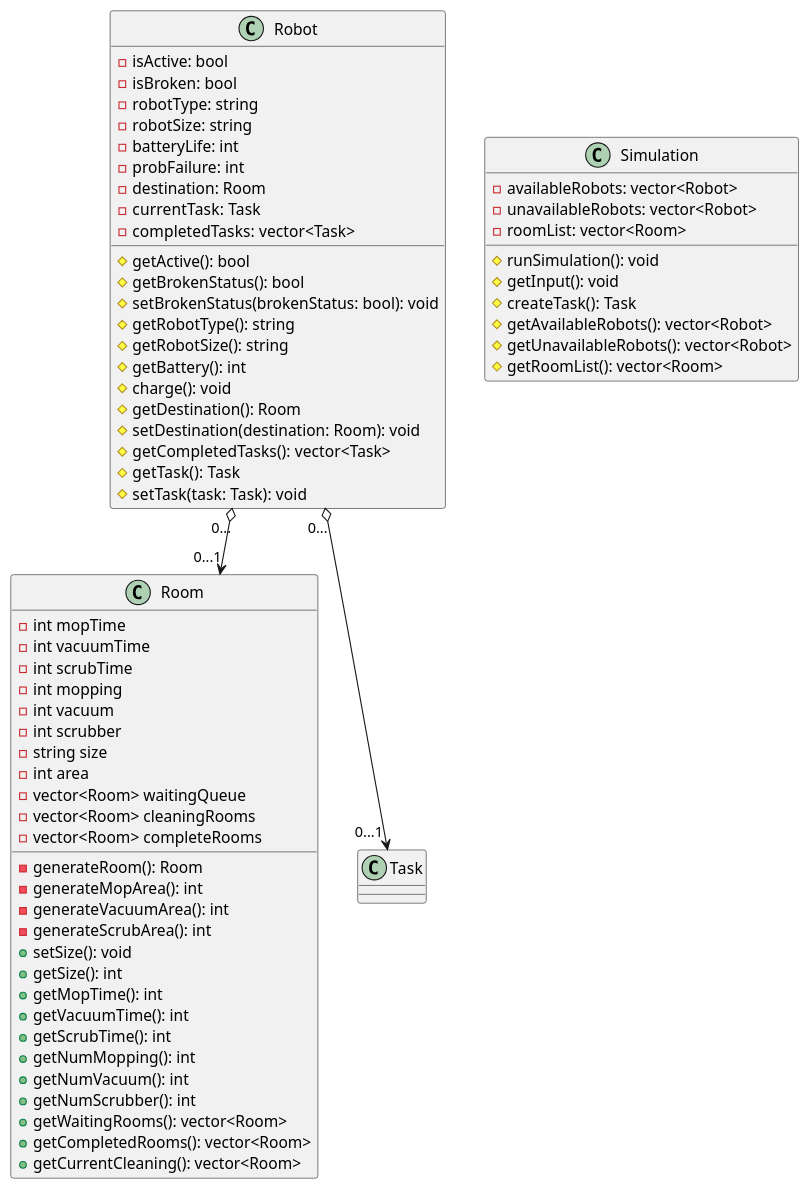
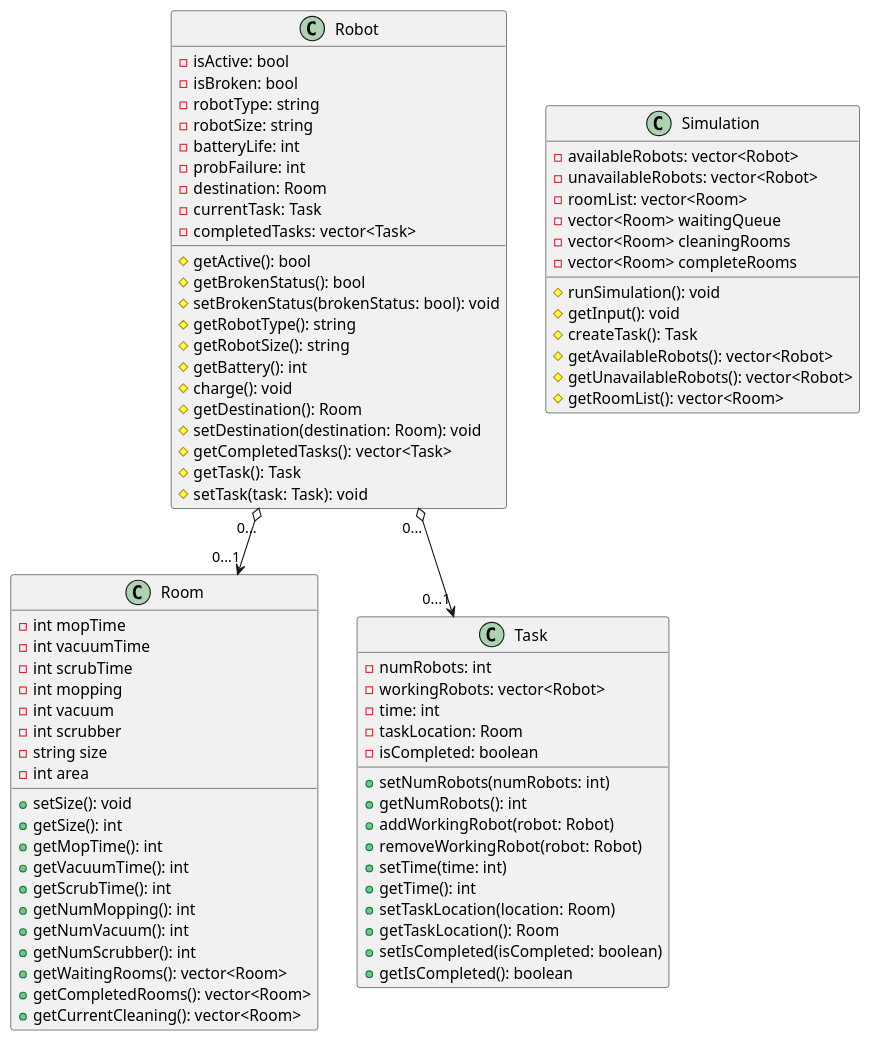
One commit to ur-cs-courses/course-project-clean-squad changed the diagram in docs/design/classDiagrams/firstClassDiagram.puml. Above: the diagram before and after it, drawn with PlantUML.

Commit message:
Update firstClassDiagram.puml
Clean up code to be more cohesive. Added task class

```diff
--- a/docs/design/classDiagrams/firstClassDiagram.puml
+++ b/docs/design/classDiagrams/firstClassDiagram.puml
@@ -1,79 +1,90 @@
 @startuml RobotClassDiagram
 
 class Robot {
     - isActive: bool
     - isBroken: bool
     - robotType: string
     - robotSize: string
     - batteryLife: int
     - probFailure: int
     - destination: Room
     - currentTask: Task
     - completedTasks: vector<Task>
     # getActive(): bool
     # getBrokenStatus(): bool
     # setBrokenStatus(brokenStatus: bool): void
     # getRobotType(): string
     # getRobotSize(): string
     # getBattery(): int
     # charge(): void
     # getDestination(): Room
     # setDestination(destination: Room): void
     # getCompletedTasks(): vector<Task>
     # getTask(): Task
     # setTask(task: Task): void
 }
 
 class Room {
     - int mopTime
     - int vacuumTime
     - int scrubTime
     - int mopping
     - int vacuum
     - int scrubber
     - string size
     - int area
-    - vector<Room> waitingQueue
-    - vector<Room> cleaningRooms
-    - vector<Room> completeRooms
 
-
-    - generateRoom(): Room
-    - generateMopArea(): int
-    - generateVacuumArea(): int
-    - generateScrubArea(): int
     + setSize(): void
     + getSize(): int
     + getMopTime(): int
     + getVacuumTime(): int
     + getScrubTime(): int
     + getNumMopping(): int
     + getNumVacuum(): int
     + getNumScrubber(): int
     + getWaitingRooms(): vector<Room>
     + getCompletedRooms(): vector<Room>
     + getCurrentCleaning(): vector<Room>
     
 
 }
 
 class Task {
+    - numRobots: int
+    - workingRobots: vector<Robot>
+    - time: int
+    - taskLocation: Room
+    - isCompleted: boolean
 
+    + setNumRobots(numRobots: int)
+    + getNumRobots(): int
+    + addWorkingRobot(robot: Robot)
+    + removeWorkingRobot(robot: Robot)
+    + setTime(time: int)
+    + getTime(): int
+    + setTaskLocation(location: Room)
+    + getTaskLocation(): Room
+    + setIsCompleted(isCompleted: boolean)
+    + getIsCompleted(): boolean
 }
 
 class Simulation {
     - availableRobots: vector<Robot>
     - unavailableRobots: vector<Robot>
     - roomList: vector<Room>
+    - vector<Room> waitingQueue
+    - vector<Room> cleaningRooms
+    - vector<Room> completeRooms
+
     # runSimulation(): void
     # getInput(): void
     # createTask(): Task
     # getAvailableRobots(): vector<Robot>
     # getUnavailableRobots(): vector<Robot>
     # getRoomList(): vector<Room>
 }
 
 Robot "0..." o--> "0...1" Room
 Robot "0..." o--> "0...1" Task
 
 @enduml
```
